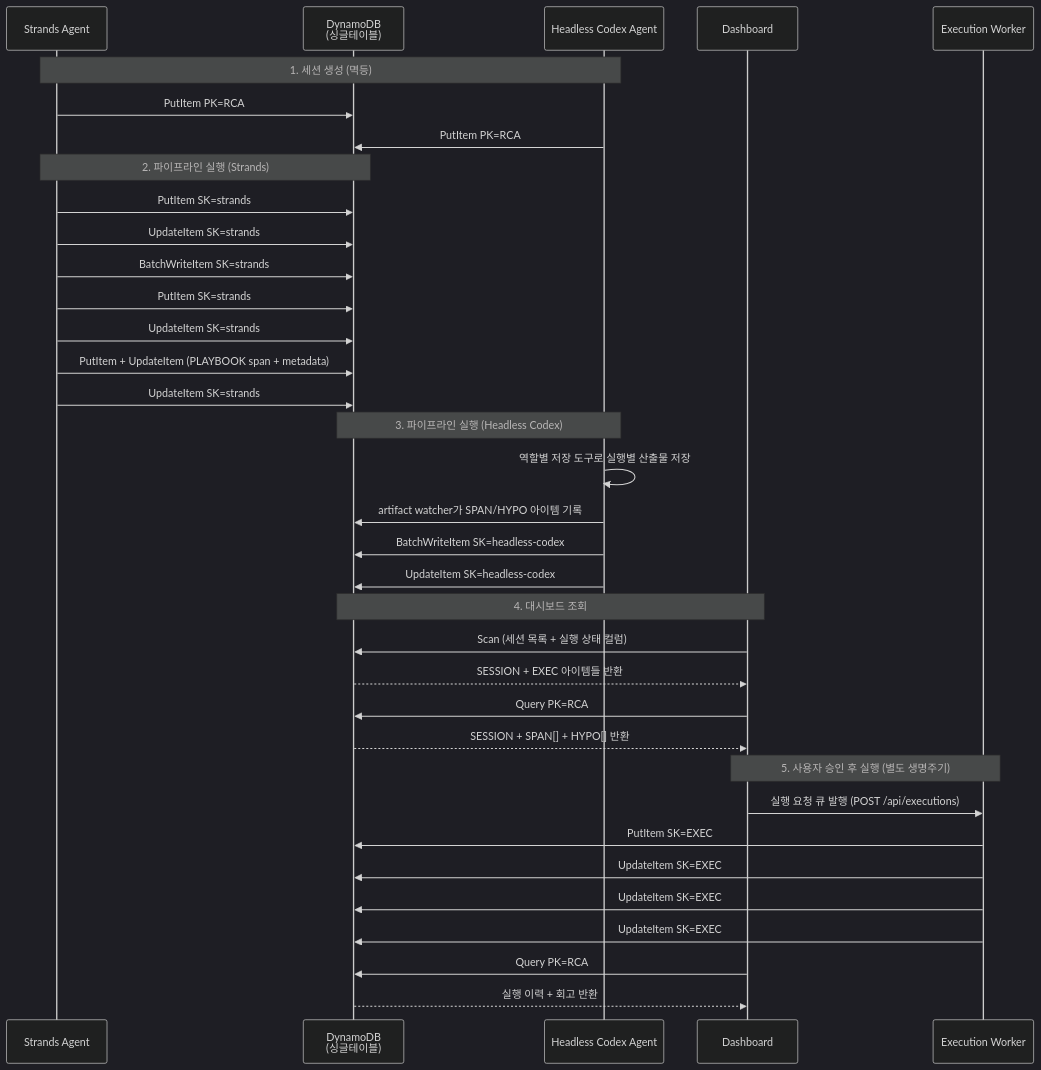
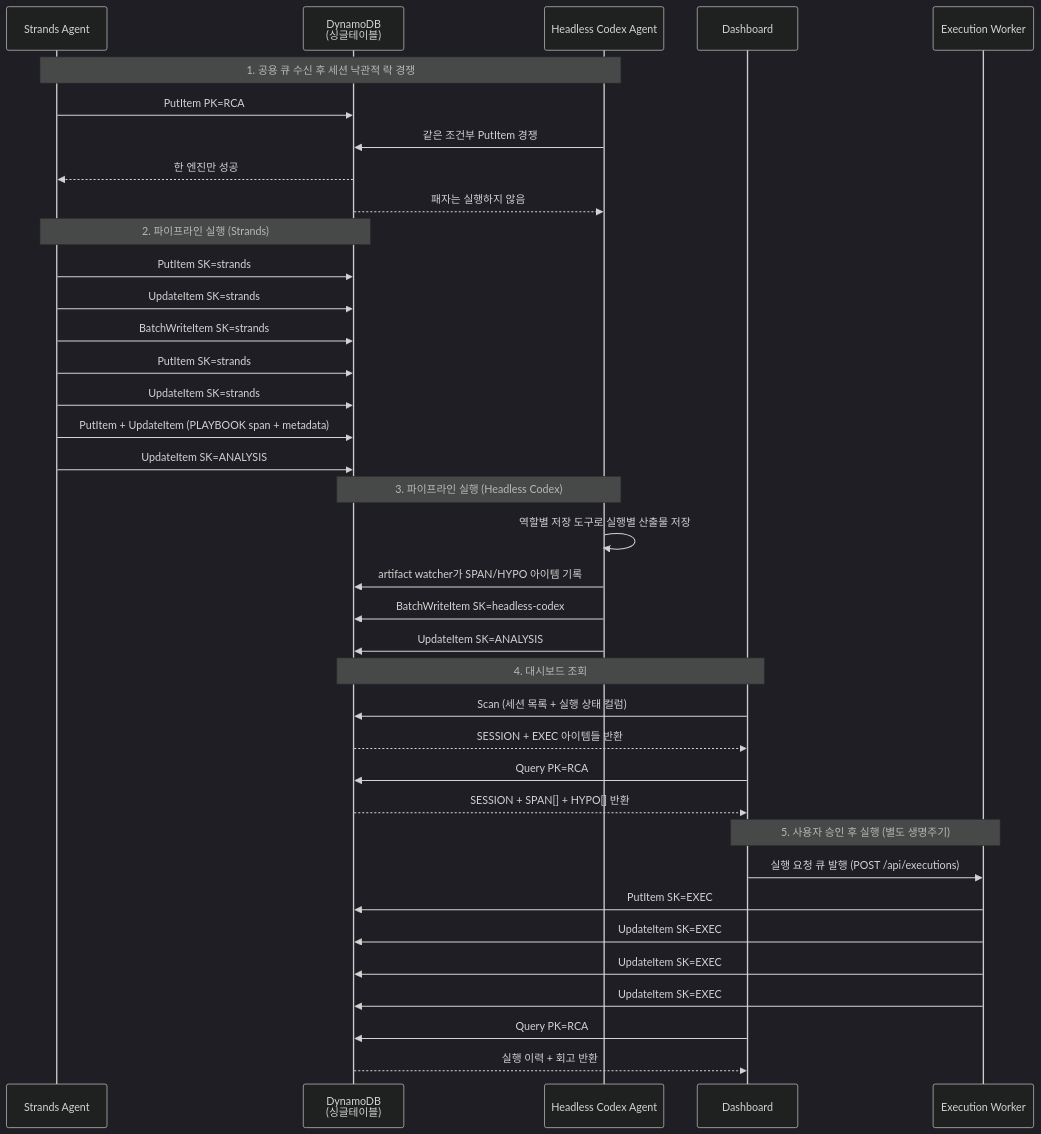
Diagram 23 of 25 in docs/system-guide-for-ops.md (haandol/rca-agent), drawn with Mermaid (dark theme) before and after one commit. The commit also changed other lines of this file and 45 other files, not shown here.

````diff
--- a/docs/system-guide-for-ops.md
+++ b/docs/system-guide-for-ops.md
@@ -1221,42 +1215,44 @@
 ```mermaid
 sequenceDiagram
     participant SA as Strands Agent
     participant DDB as DynamoDB<br/>(싱글테이블)
     participant CCA as Headless Codex Agent
     participant DASH as Dashboard
     participant EXE as Execution Worker
 
-    Note over SA,CCA: 1. 세션 생성 (멱등)
-    SA->>DDB: PutItem PK=RCA#id, SK=strands#SESSION<br/>ConditionExpression: attribute_not_exists(SK)
-    CCA->>DDB: PutItem PK=RCA#id, SK=headless-codex#SESSION<br/>ConditionExpression: attribute_not_exists(SK)
+    Note over SA,CCA: 1. 공용 큐 수신 후 세션 낙관적 락 경쟁
+    SA->>DDB: PutItem PK=RCA#id, SK=ANALYSIS#SESSION<br/>ConditionExpression: attribute_not_exists(SK)
+    CCA->>DDB: 같은 조건부 PutItem 경쟁
+    DDB-->>SA: 한 엔진만 성공
+    DDB-->>CCA: 패자는 실행하지 않음
 
     Note over SA,DDB: 2. 파이프라인 실행 (Strands)
     SA->>DDB: PutItem SK=strands#SPAN#{id} (SCOPING 시작)
     SA->>DDB: UpdateItem SK=strands#SPAN#{id} (SCOPING 완료)
     SA->>DDB: BatchWriteItem SK=strands#HYPO#{id} × N (가설 저장)
     SA->>DDB: PutItem SK=strands#SPAN#{id} (검증루프 시작)
     SA->>DDB: UpdateItem SK=strands#HYPO#{id} (검증 결과)
     SA->>DDB: PutItem + UpdateItem (PLAYBOOK span + metadata)
-    SA->>DDB: UpdateItem SK=strands#SESSION (state=COMPLETED)
+    SA->>DDB: UpdateItem SK=ANALYSIS#SESSION (state=COMPLETED)
 
     Note over CCA,DDB: 3. 파이프라인 실행 (Headless Codex)
     CCA->>CCA: 역할별 저장 도구로 실행별 산출물 저장
     CCA->>DDB: artifact watcher가 SPAN/HYPO 아이템 기록
     CCA->>DDB: BatchWriteItem SK=headless-codex#HYPO#{id} × N
-    CCA->>DDB: UpdateItem SK=headless-codex#SESSION (state=COMPLETED)
+    CCA->>DDB: UpdateItem SK=ANALYSIS#SESSION (state=COMPLETED)
 
     Note over DASH,DDB: 4. 대시보드 조회
     DASH->>DDB: Scan (세션 목록 + 실행 상태 컬럼)
     DDB-->>DASH: SESSION + EXEC 아이템들 반환
     DASH->>DDB: Query PK=RCA#id (트레이스 상세)
     DDB-->>DASH: SESSION + SPAN[] + HYPO[] 반환
 
     Note over DASH,EXE: 5. 사용자 승인 후 실행 (별도 생명주기)
     DASH->>EXE: 실행 요청 큐 발행 (POST /api/executions)
     EXE->>DDB: PutItem SK=EXEC#{execution_id}<br/>ConditionExpression: attribute_not_exists(SK)
     EXE->>DDB: UpdateItem SK=EXEC#{id} (증거 요약 + S3 키)
     EXE->>DDB: UpdateItem SK=EXEC#{id} (execution_state=RESOLVED | UNRESOLVED)
     EXE->>DDB: UpdateItem SK=EXEC#{id} (회고 요약 + diff S3 키)
     DASH->>DDB: Query PK=RCA#id, begins_with(SK,'EXEC#')
     DDB-->>DASH: 실행 이력 + 회고 반환
 ```
````
